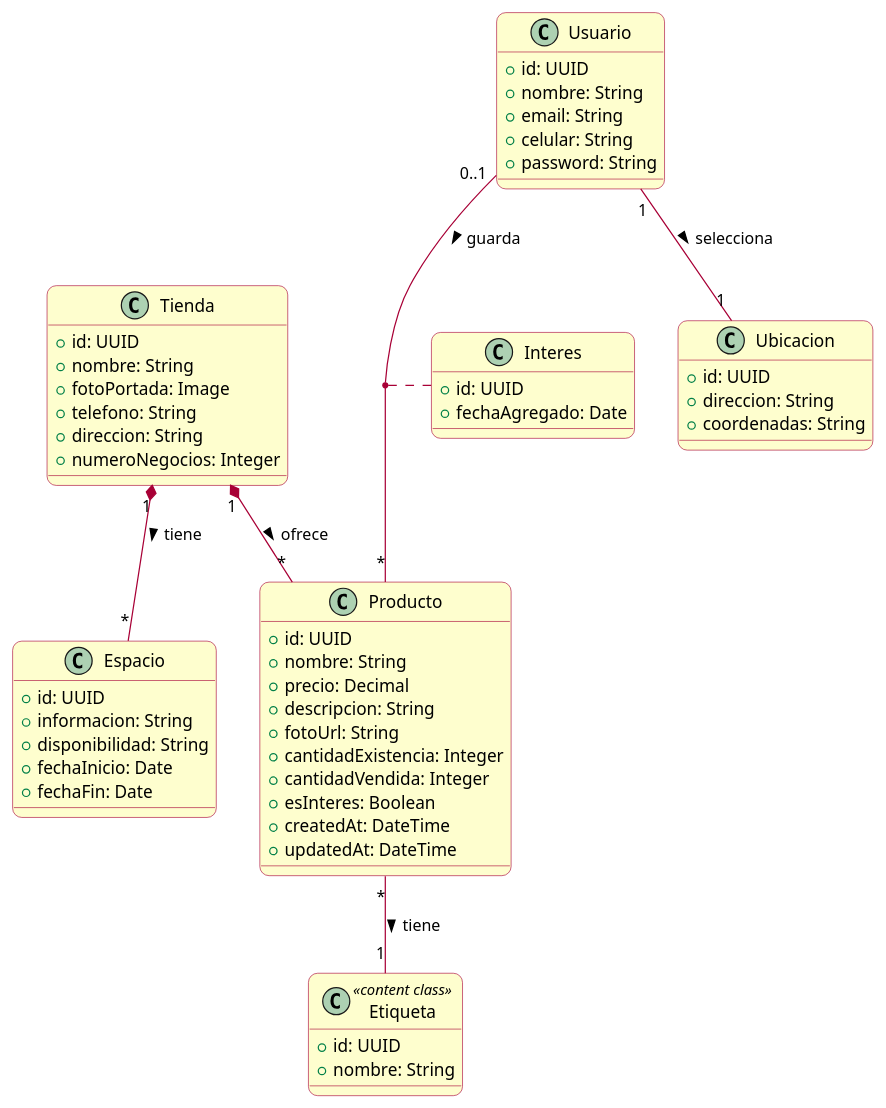
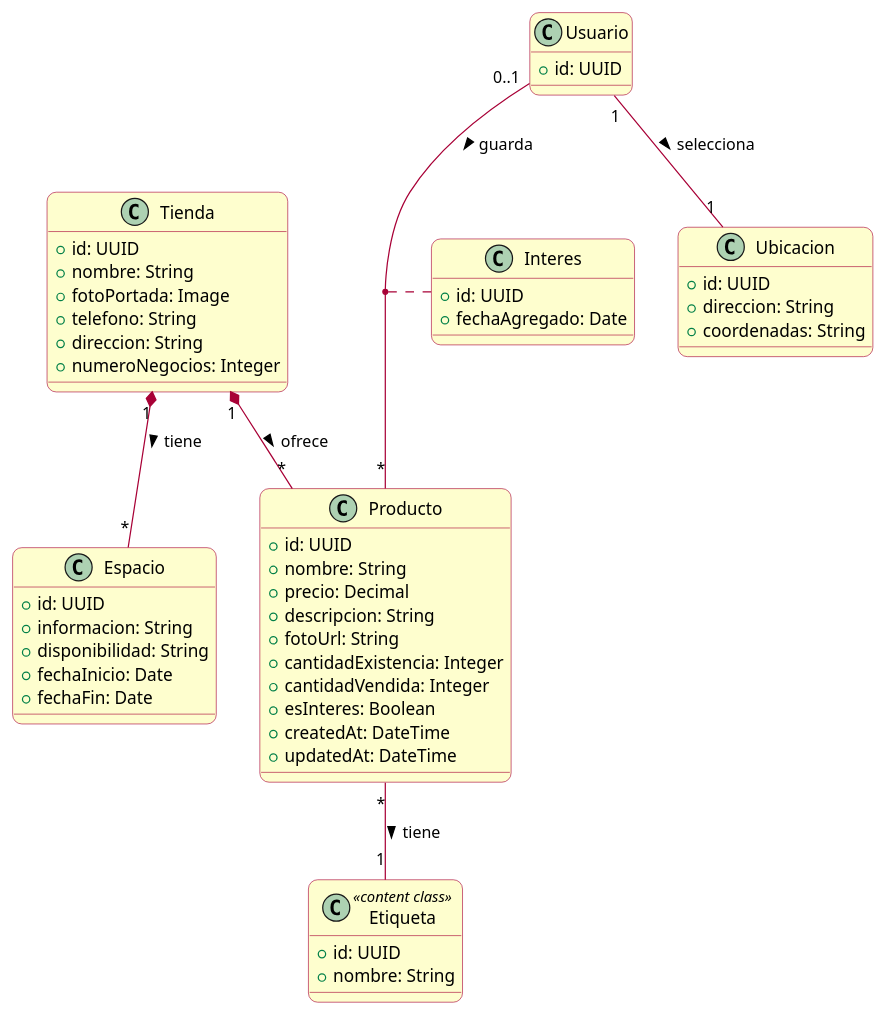
Before and after one commit to AinsleyJack/UWE-Tienda-Colectiva: the diagram in Content Model/guest_user/guest_user_content_model.puml, drawn with PlantUML. The commit also changed 8 other files, not shown here.

```diff
--- a/Content Model/guest_user/guest_user_content_model.puml
+++ b/Content Model/guest_user/guest_user_content_model.puml
@@ -1,86 +1,82 @@
 @startuml guest_user_content_model
 skinparam shadow false
 skinparam roundCorner 15
 skinparam class {
   BackgroundColor #FEFECE
   BorderColor #A80036
   ArrowColor #A80036
 }
 
 ' ==========================================
 ' MODELO DE CONTENIDO (UWE)
 ' ==========================================
 ' Muestra las clases del dominio y sus relaciones.
 
 class "Usuario" as Usuario {
   + id: UUID
-  + nombre: String
-  + email: String
-  + celular: String
-  + password: String
 }
 
 class "Ubicacion" as Ubicacion {
   + id: UUID
   + direccion: String
   + coordenadas: String
 }
 
 class "Tienda" as Tienda {
   + id: UUID
   + nombre: String
   + fotoPortada: Image
   + telefono: String
   + direccion: String
   + numeroNegocios: Integer
 }
 
 class "Producto" as Producto {
   + id: UUID
   + nombre: String
   + precio: Decimal
   + descripcion: String
   + fotoUrl: String
   + cantidadExistencia: Integer
   + cantidadVendida: Integer
   + esInteres: Boolean
   + createdAt: DateTime
   + updatedAt: DateTime
 }
 
 class "Etiqueta" as Etiqueta <<content class>> {
   + id: UUID
   + nombre: String
 }
 
 class "Espacio" as Espacio {
   + id: UUID
   + informacion: String
   + disponibilidad: String
   + fechaInicio: Date
   + fechaFin: Date
 }
 
 ' Relación para marcar productos como favoritos
 class "Interes" as Interes {
   + id: UUID
   + fechaAgregado: Date
 }
 
 ' Relaciones
 
 ' Un usuario selecciona una ubicación
 Usuario "1" -- "1" Ubicacion : selecciona >
 
 ' Relación de favoritos (Muchos a Muchos)
 Usuario "0..1" -- "*" Producto : guarda >
 (Usuario, Producto) .. Interes
 
 ' Producto tiene una etiqueta
 Producto "*" -- "1" Etiqueta : tiene >
 
 ' Tienda contiene productos y espacios
 Tienda "1" *-- "*" Producto : ofrece >
 Tienda "1" *-- "*" Espacio : tiene >
 
 @enduml
```
